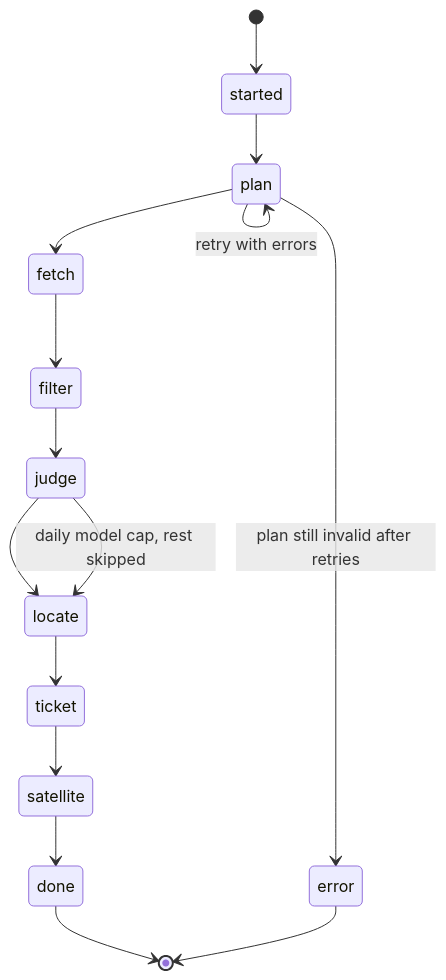
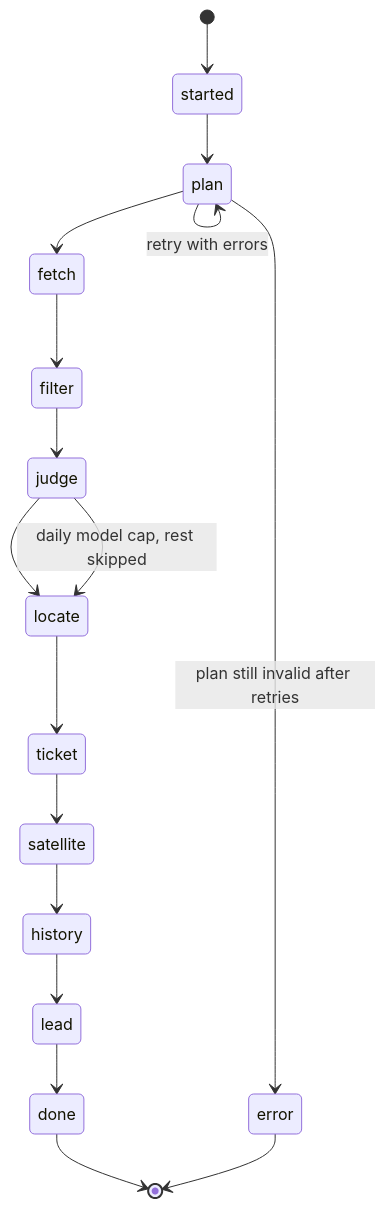
Before and after one commit to nidhalSadfi/Spark_Seer: the fifth of 7 diagrams in harmonization-modis-viirs/docs/incident-agents-flow.md, drawn with Mermaid. The commit also changed other lines of this file and 15 other files, not shown here.

First line of the commit message:
Add replay of past fires, social-vs-satellite lead time and 25-year cell history to the incident agents.

````diff
--- a/harmonization-modis-viirs/docs/incident-agents-flow.md
+++ b/harmonization-modis-viirs/docs/incident-agents-flow.md
@@ -195,17 +197,19 @@
 ```mermaid
 stateDiagram-v2
     [*] --> started
     started --> plan
     plan --> plan: retry with errors
     plan --> fetch
     fetch --> filter
     filter --> judge
     judge --> locate
     locate --> ticket
     ticket --> satellite
-    satellite --> done
+    satellite --> history
+    history --> lead
+    lead --> done
     plan --> error: plan still invalid after retries
     judge --> locate: daily model cap, rest skipped
     done --> [*]
     error --> [*]
 ```
````
